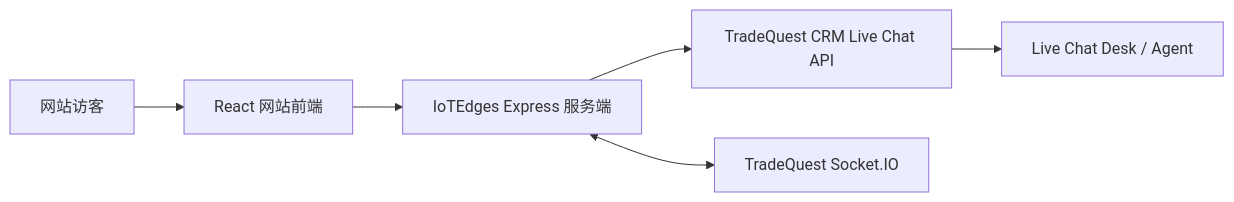
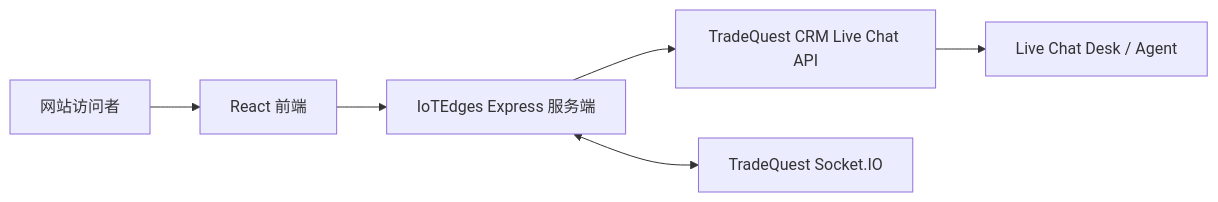
The second of 2 diagrams in README.md (samlau0086/iotsight), drawn with Mermaid before and after one commit. The commit also changed other lines of this file and 193 other files, not shown here.

````diff
--- a/README.md
+++ b/README.md
@@ -326,8 +416,8 @@
 ```mermaid
 flowchart LR
-  Visitor["网站访客"] --> React["React 网站前端"]
+  Visitor["网站访问者"] --> React["React 前端"]
   React --> Express["IoTEdges Express 服务端"]
   Express --> CRM["TradeQuest CRM Live Chat API"]
   Express <--> Socket["TradeQuest Socket.IO"]
   CRM --> Desk["Live Chat Desk / Agent"]
 ```
````
